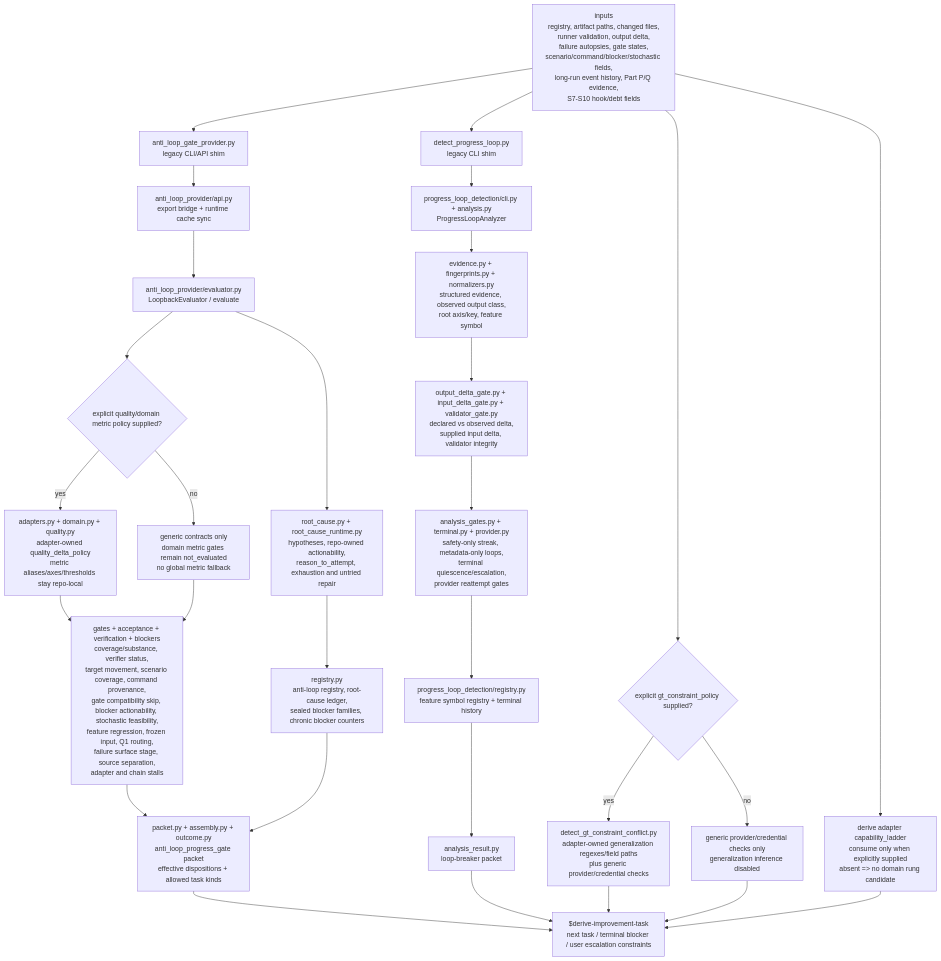
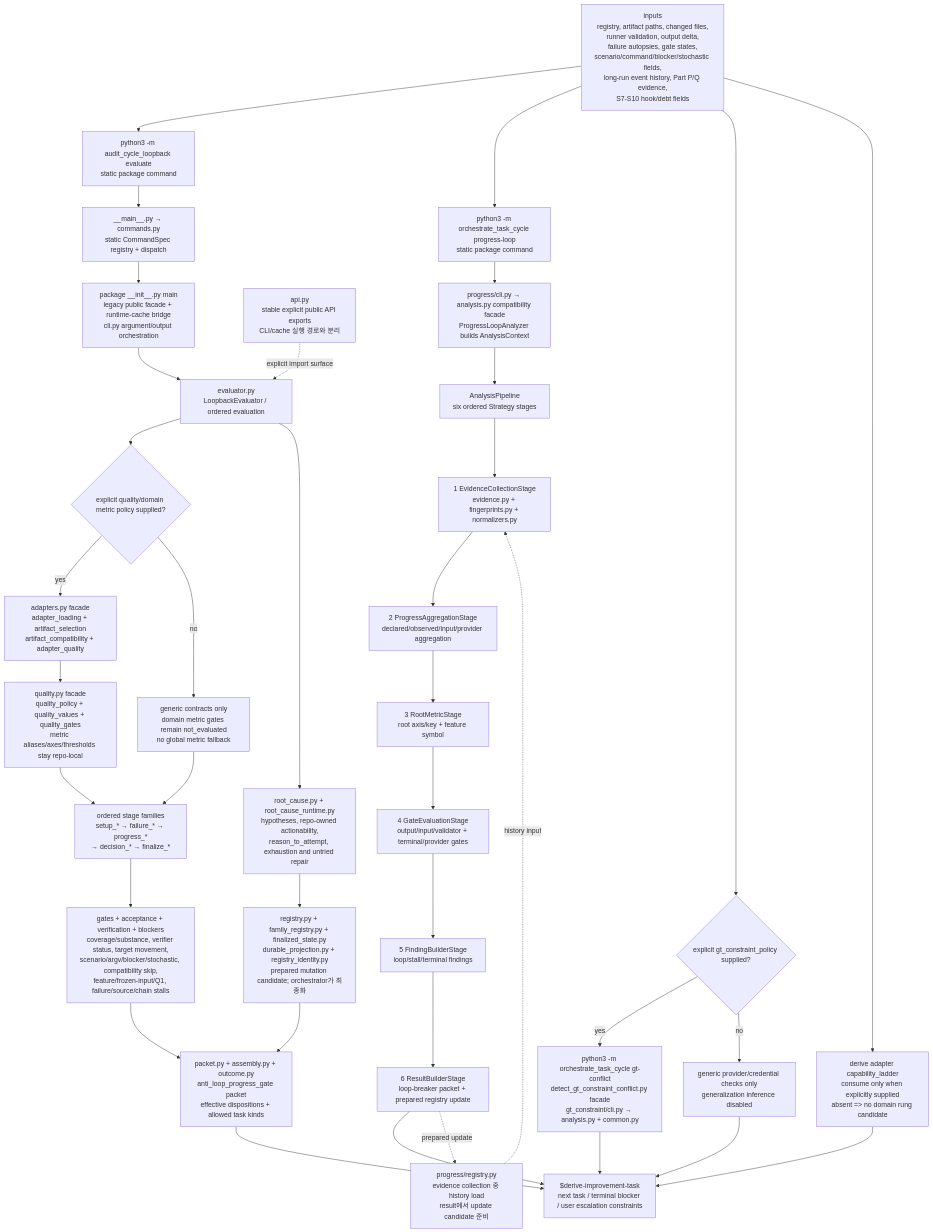
The eighth of 9 diagrams in README.md (sw1029/workflow_swfool), drawn with Mermaid before and after one commit. The commit also changed other lines of this file and 742 other files, not shown here.

Commit message:
Refactor skill scripts and update flowcharts

````diff
--- a/README.md
+++ b/README.md
@@ -343,43 +452,54 @@
 ```mermaid
 flowchart TD
   Inputs["inputs<br/>registry, artifact paths, changed files,<br/>runner validation, output delta,<br/>failure autopsies, gate states,<br/>scenario/command/blocker/stochastic fields,<br/>long-run event history, Part P/Q evidence,<br/>S7-S10 hook/debt fields"]
 
-  LoopbackCLI["anti_loop_gate_provider.py<br/>legacy CLI/API shim"]
-  LoopbackAPI["anti_loop_provider/api.py<br/>export bridge + runtime cache sync"]
-  LoopbackEval["anti_loop_provider/evaluator.py<br/>LoopbackEvaluator / evaluate"]
+  LoopbackCLI["python3 -m audit_cycle_loopback evaluate<br/>static package command"]
+  LoopbackDispatch["__main__.py → commands.py<br/>static CommandSpec registry + dispatch"]
+  LoopbackFacade["package __init__.py main<br/>legacy public facade + runtime-cache bridge<br/>cli.py argument/output orchestration"]
+  LoopbackAPI["api.py<br/>stable explicit public API exports<br/>CLI/cache 실행 경로와 분리"]
+  LoopbackEval["evaluator.py<br/>LoopbackEvaluator / ordered evaluation"]
   AdapterPolicy{"explicit quality/domain metric policy supplied?"}
-  AdapterLayer["adapters.py + domain.py + quality.py<br/>adapter-owned quality_delta_policy<br/>metric aliases/axes/thresholds stay repo-local"]
+  AdapterLayer["adapters.py facade<br/>adapter_loading + artifact_selection<br/>artifact_compatibility + adapter_quality"]
+  QualityLayer["quality.py facade<br/>quality_policy + quality_values + quality_gates<br/>metric aliases/axes/thresholds stay repo-local"]
   GenericOnly["generic contracts only<br/>domain metric gates remain not_evaluated<br/>no global metric fallback"]
-  LoopGates["gates + acceptance + verification + blockers<br/>coverage/substance, verifier status,<br/>target movement, scenario coverage, command provenance,<br/>gate compatibility skip, blocker actionability, stochastic feasibility,<br/>feature regression, frozen input, Q1 routing,<br/>failure surface stage, source separation,<br/>adapter and chain stalls"]
+  EvalStages["ordered stage families<br/>setup_* → failure_* → progress_*<br/>→ decision_* → finalize_*"]
+  LoopGates["gates + acceptance + verification + blockers<br/>coverage/substance, verifier status, target movement,<br/>scenario/argv/blocker/stochastic, compatibility skip,<br/>feature/frozen-input/Q1, failure/source/chain stalls"]
   RootCause["root_cause.py + root_cause_runtime.py<br/>hypotheses, repo-owned actionability,<br/>reason_to_attempt, exhaustion and untried repair"]
-  LoopRegistry["registry.py<br/>anti-loop registry, root-cause ledger,<br/>sealed blocker families, chronic blocker counters"]
+  LoopRegistry["registry.py + family_registry.py + finalized_state.py<br/>durable_projection.py + registry_identity.py<br/>prepared mutation candidate; orchestrator가 최종화"]
   LoopPacket["packet.py + assembly.py + outcome.py<br/>anti_loop_progress_gate packet<br/>effective dispositions + allowed task kinds"]
 
-  DetectCLI["detect_progress_loop.py<br/>legacy CLI shim"]
-  DetectAnalyzer["progress_loop_detection/cli.py + analysis.py<br/>ProgressLoopAnalyzer"]
-  DetectEvidence["evidence.py + fingerprints.py + normalizers.py<br/>structured evidence, observed output class,<br/>root axis/key, feature symbol"]
-  DetectGates["output_delta_gate.py + input_delta_gate.py + validator_gate.py<br/>declared vs observed delta,<br/>supplied input delta, validator integrity"]
-  DetectTerminal["analysis_gates.py + terminal.py + provider.py<br/>safety-only streak, metadata-only loops,<br/>terminal quiescence/escalation,<br/>provider reattempt gates"]
-  DetectRegistry["progress_loop_detection/registry.py<br/>feature symbol registry + terminal history"]
-  DetectPacket["analysis_result.py<br/>loop-breaker packet"]
+  DetectCLI["python3 -m orchestrate_task_cycle progress-loop<br/>static package command"]
+  DetectFacade["progress/cli.py → analysis.py compatibility facade<br/>ProgressLoopAnalyzer builds AnalysisContext"]
+  DetectPipeline["AnalysisPipeline<br/>six ordered Strategy stages"]
+  DetectEvidence["1 EvidenceCollectionStage<br/>evidence.py + fingerprints.py + normalizers.py"]
+  DetectAggregate["2 ProgressAggregationStage<br/>declared/observed/input/provider aggregation"]
+  DetectRoots["3 RootMetricStage<br/>root axis/key + feature symbol"]
+  DetectGates["4 GateEvaluationStage<br/>output/input/validator + terminal/provider gates"]
+  DetectFindings["5 FindingBuilderStage<br/>loop/stall/terminal findings"]
+  DetectResult["6 ResultBuilderStage<br/>loop-breaker packet + prepared registry update"]
+  DetectRegistry["progress/registry.py<br/>evidence collection 중 history load<br/>result에서 update candidate 준비"]
 
   GTPolicy{"explicit gt_constraint_policy supplied?"}
-  GTDetector["detect_gt_constraint_conflict.py<br/>adapter-owned generalization regexes/field paths<br/>plus generic provider/credential checks"]
+  GTDetector["python3 -m orchestrate_task_cycle gt-conflict<br/>detect_gt_constraint_conflict.py facade<br/>gt_constraint/cli.py → analysis.py + common.py"]
   GTGeneric["generic provider/credential checks only<br/>generalization inference disabled"]
   Capability["derive adapter capability_ladder<br/>consume only when explicitly supplied<br/>absent => no domain rung candidate"]
 
   Derive["$derive-improvement-task<br/>next task / terminal blocker / user escalation constraints"]
 
-  Inputs --> LoopbackCLI --> LoopbackAPI --> LoopbackEval
+  Inputs --> LoopbackCLI --> LoopbackDispatch --> LoopbackFacade --> LoopbackEval
+  LoopbackAPI -. explicit import surface .-> LoopbackEval
   LoopbackEval --> AdapterPolicy
-  AdapterPolicy -- yes --> AdapterLayer --> LoopGates --> LoopPacket
-  AdapterPolicy -- no --> GenericOnly --> LoopGates
+  AdapterPolicy -- yes --> AdapterLayer --> QualityLayer --> EvalStages
+  AdapterPolicy -- no --> GenericOnly --> EvalStages
+  EvalStages --> LoopGates --> LoopPacket
   LoopbackEval --> RootCause --> LoopRegistry --> LoopPacket
   LoopPacket --> Derive
 
-  Inputs --> DetectCLI --> DetectAnalyzer --> DetectEvidence --> DetectGates --> DetectTerminal --> DetectRegistry --> DetectPacket --> Derive
+  Inputs --> DetectCLI --> DetectFacade --> DetectPipeline --> DetectEvidence --> DetectAggregate --> DetectRoots --> DetectGates --> DetectFindings --> DetectResult --> Derive
+  DetectRegistry -. history input .-> DetectEvidence
+  DetectResult -. prepared update .-> DetectRegistry
   Inputs --> GTPolicy
   GTPolicy -- yes --> GTDetector --> Derive
   GTPolicy -- no --> GTGeneric --> Derive
   Inputs --> Capability --> Derive
 ```
````
